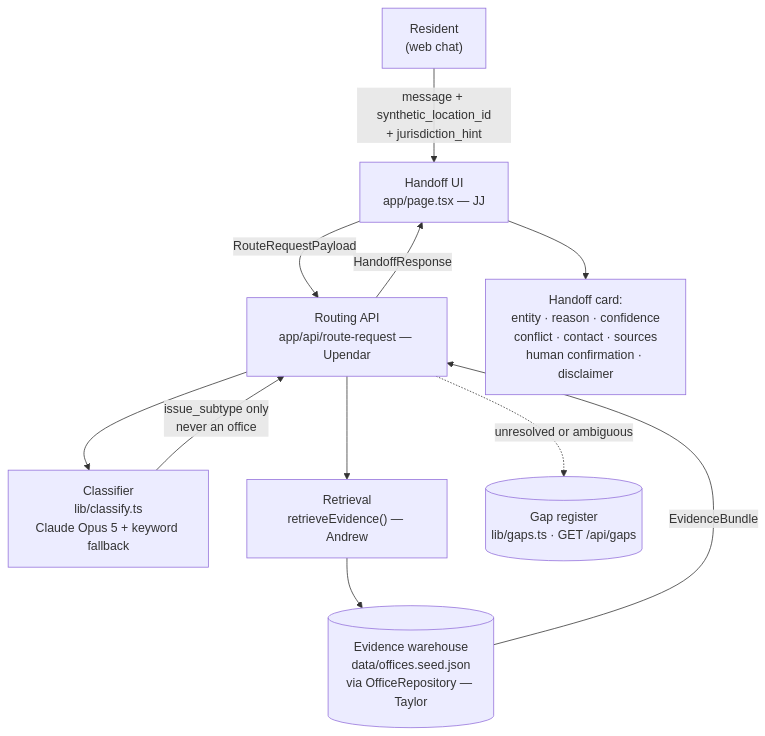
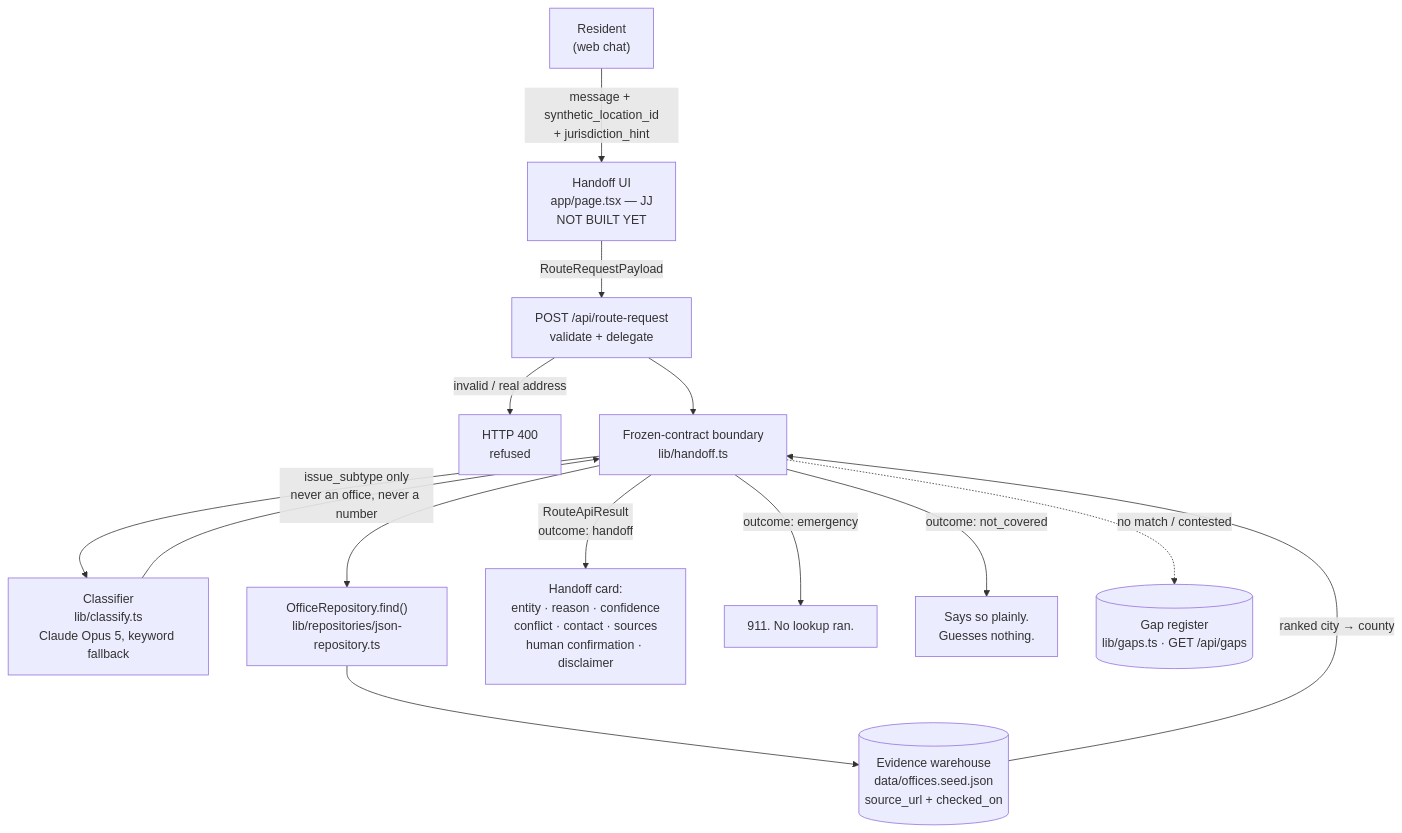
One commit to melinastafford15/birmingham-regional-service-navigator changed the diagram in README.md. Above: the diagram before and after it, drawn with Mermaid.

Commit message:
docs: align README with merged handoff UI and verified contract state
Architecture diagram redrawn to the real call path (validate -> lib/handoff.ts
-> repository), including the three RouteApiResult outcomes and the HTTP 400
refusal path. Demo scenarios now state that all three cases are verified against
the API. Limitation 8 replaced: the divergences it described are resolved, and
the remaining gap is the browser UI.

````diff
--- a/README.md
+++ b/README.md
@@ -77,17 +77,21 @@
 ```mermaid
 flowchart TD
-    R["Resident<br/>(web chat)"] -->|"message + synthetic_location_id<br/>+ jurisdiction_hint"| UI["Handoff UI<br/>app/page.tsx — JJ"]
-    UI -->|RouteRequestPayload| API["Routing API<br/>app/api/route-request — Upendar"]
+    R["Resident<br/>(web chat)"] -->|"message + synthetic_location_id<br/>+ jurisdiction_hint"| UI["Handoff UI<br/>app/page.tsx — JJ<br/>NOT BUILT YET"]
+    UI -->|RouteRequestPayload| API["POST /api/route-request<br/>validate + delegate"]
 
-    API --> CL["Classifier<br/>lib/classify.ts<br/>Claude Opus 5 + keyword fallback"]
-    CL -->|issue_subtype only<br/>never an office| API
+    API -->|"invalid / real address"| R400["HTTP 400<br/>refused"]
+    API --> H["Frozen-contract boundary<br/>lib/handoff.ts"]
 
-    API --> RET["Retrieval<br/>retrieveEvidence() — Andrew"]
-    RET --> WH[("Evidence warehouse<br/>data/offices.seed.json<br/>via OfficeRepository — Taylor")]
-    WH -->|EvidenceBundle| API
+    H --> CL["Classifier<br/>lib/classify.ts<br/>Claude Opus 5, keyword fallback"]
+    CL -->|"issue_subtype only<br/>never an office, never a number"| H
 
-    API -->|HandoffResponse| UI
-    UI --> CARD["Handoff card:<br/>entity · reason · confidence<br/>conflict · contact · sources<br/>human confirmation · disclaimer"]
+    H --> REPO["OfficeRepository.find()<br/>lib/repositories/json-repository.ts"]
+    REPO --> WH[("Evidence warehouse<br/>data/offices.seed.json<br/>source_url + checked_on")]
+    WH -->|"ranked city → county"| H
 
-    API -.->|unresolved or ambiguous| GAP[("Gap register<br/>lib/gaps.ts · GET /api/gaps")]
+    H -->|"RouteApiResult<br/>outcome: handoff"| CARD["Handoff card:<br/>entity · reason · confidence<br/>conflict · contact · sources<br/>human confirmation · disclaimer"]
+    H -->|"outcome: emergency"| E911["911. No lookup ran."]
+    H -->|"outcome: not_covered"| NC["Says so plainly.<br/>Guesses nothing."]
+
+    H -.->|"no match / contested"| GAP[("Gap register<br/>lib/gaps.ts · GET /api/gaps")]
 ```
````
